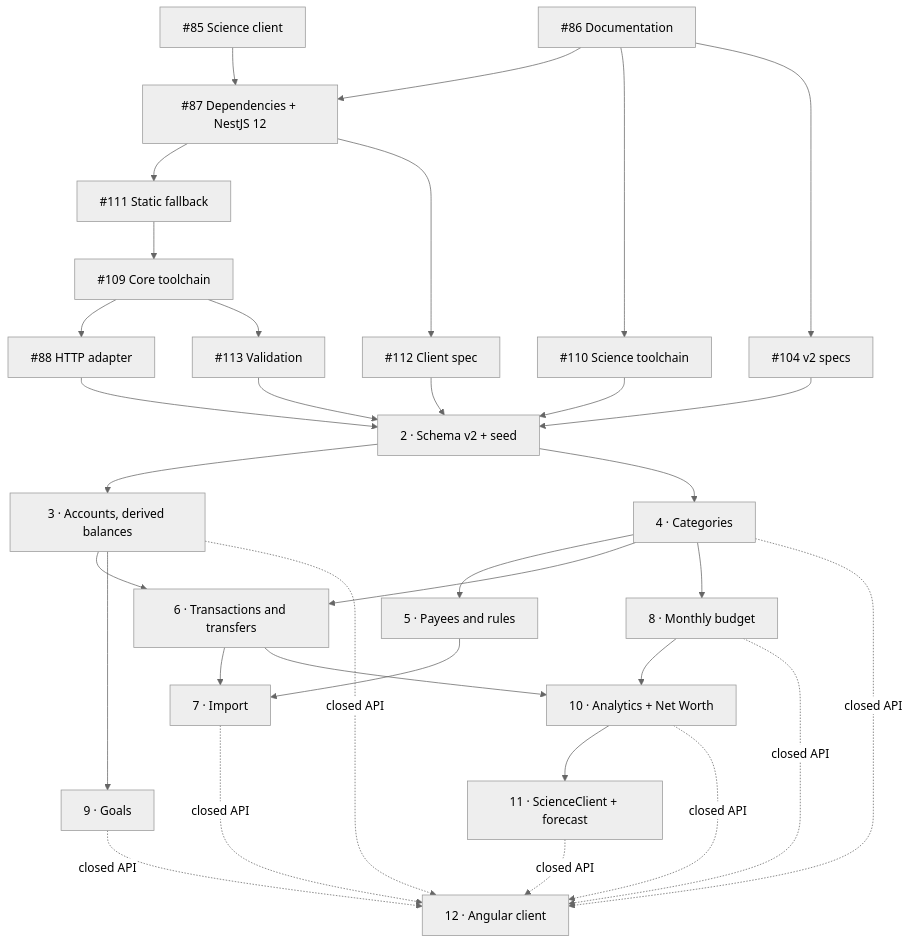
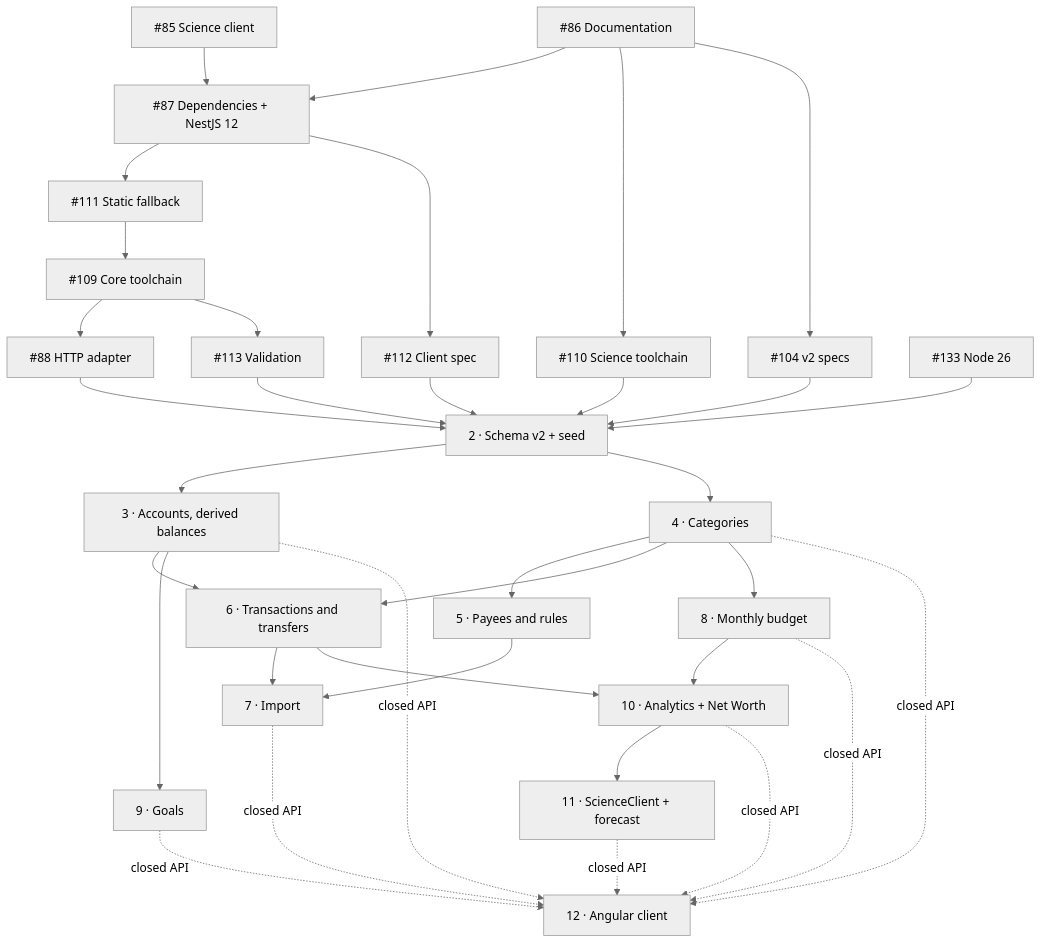
One commit to fabogit/finances-dashboard changed the diagram in documents/product/roadmap.md. Above: the diagram before and after it, drawn with Mermaid (neutral theme). The commit also changed other lines of this file and 4 other files, not shown here.

Commit message:
docs: Node 26 and Corepack on Node 26, #133 in the roadmap

````diff
--- a/documents/product/roadmap.md
+++ b/documents/product/roadmap.md
@@ -48,39 +49,41 @@
 ```mermaid
 flowchart TD
     S1a["#85 Science client"]
     S1c["#86 Documentation"]
     S1d["#87 Dependencies + NestJS 12"]
     S1f["#111 Static fallback"]
     S1b["#112 Client spec"]
     S1t["#109 Core toolchain"]
     S1v["#113 Validation"]
     S1p["#110 Science toolchain"]
     S1h["#88 HTTP adapter"]
     S1s["#104 v2 specs"]
+    S1n["#133 Node 26"]
     S2["2 · Schema v2 + seed"]
     S3["3 · Accounts, derived balances"]
     S4["4 · Categories"]
     S5["5 · Payees and rules"]
     S6["6 · Transactions and transfers"]
     S7["7 · Import"]
     S8["8 · Monthly budget"]
     S9["9 · Goals"]
     S10["10 · Analytics + Net Worth"]
     S11["11 · ScienceClient + forecast"]
     S12["12 · Angular client"]
 
     S1a & S1c --> S1d --> S1f --> S1t --> S1h --> S2
     S1d --> S1b --> S2
     S1t --> S1v --> S2
     S1c --> S1p --> S2
     S1c --> S1s --> S2
+    S1n --> S2
     S2 --> S3 & S4
     S4 --> S5
     S3 & S4 --> S6
     S5 & S6 --> S7
     S4 --> S8
     S3 --> S9
     S6 & S8 --> S10
     S10 --> S11
     S3 & S4 & S7 & S8 & S9 & S10 & S11 -. closed API .-> S12
 ```
````
